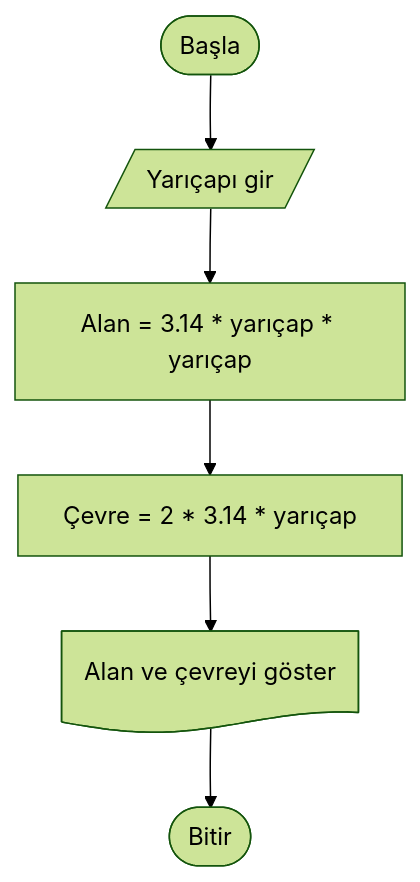
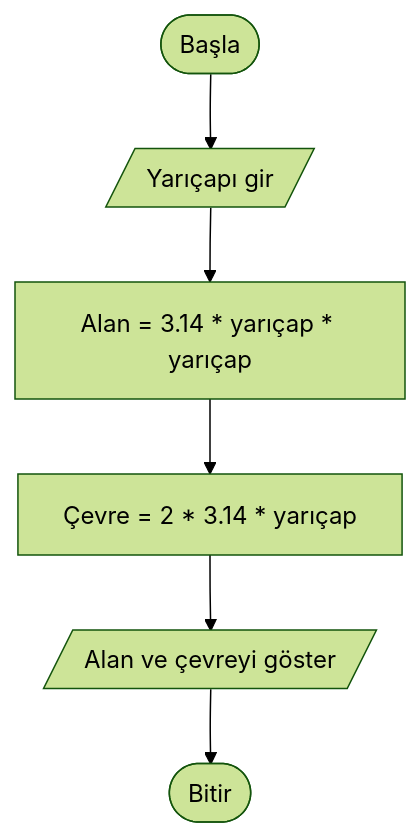
One commit to ibrahimayaz/Algoritma-ve-Programlamaya-Giris changed the fifth of 10 diagrams in Hafta_04_Akis_Diyagramlari_1.md. Above: the diagram before and after it, drawn with Mermaid (forest theme). The commit also changed other lines of this file, not shown here.

````diff
--- a/Hafta_04_Akis_Diyagramlari_1.md
+++ b/Hafta_04_Akis_Diyagramlari_1.md
@@ -143,8 +143,8 @@
 ```mermaid
 graph TD
     A([Başla]) --> B[/Yarıçapı gir/]
     B --> C[Alan = 3.14 * yarıçap * yarıçap]
     C --> D[Çevre = 2 * 3.14 * yarıçap]
-    D --> E@{ shape: doc, label: "Alan ve çevreyi göster" }
+    D --> E[/Alan ve çevreyi göster/]
     E --> F([Bitir])
 ```
````
